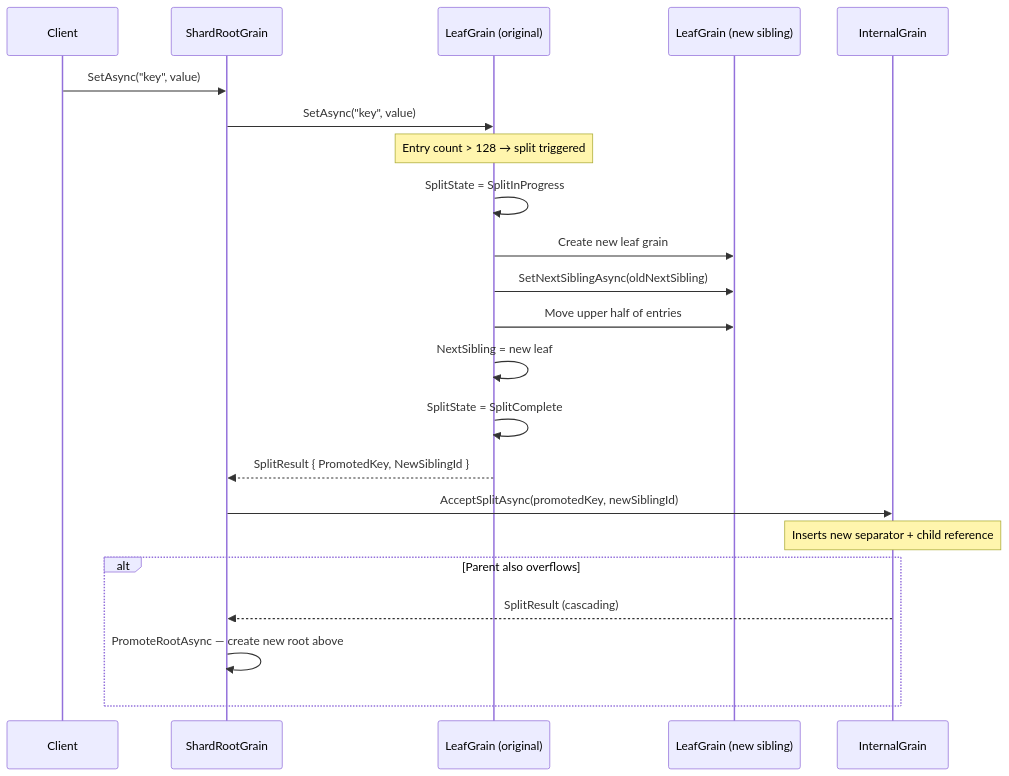
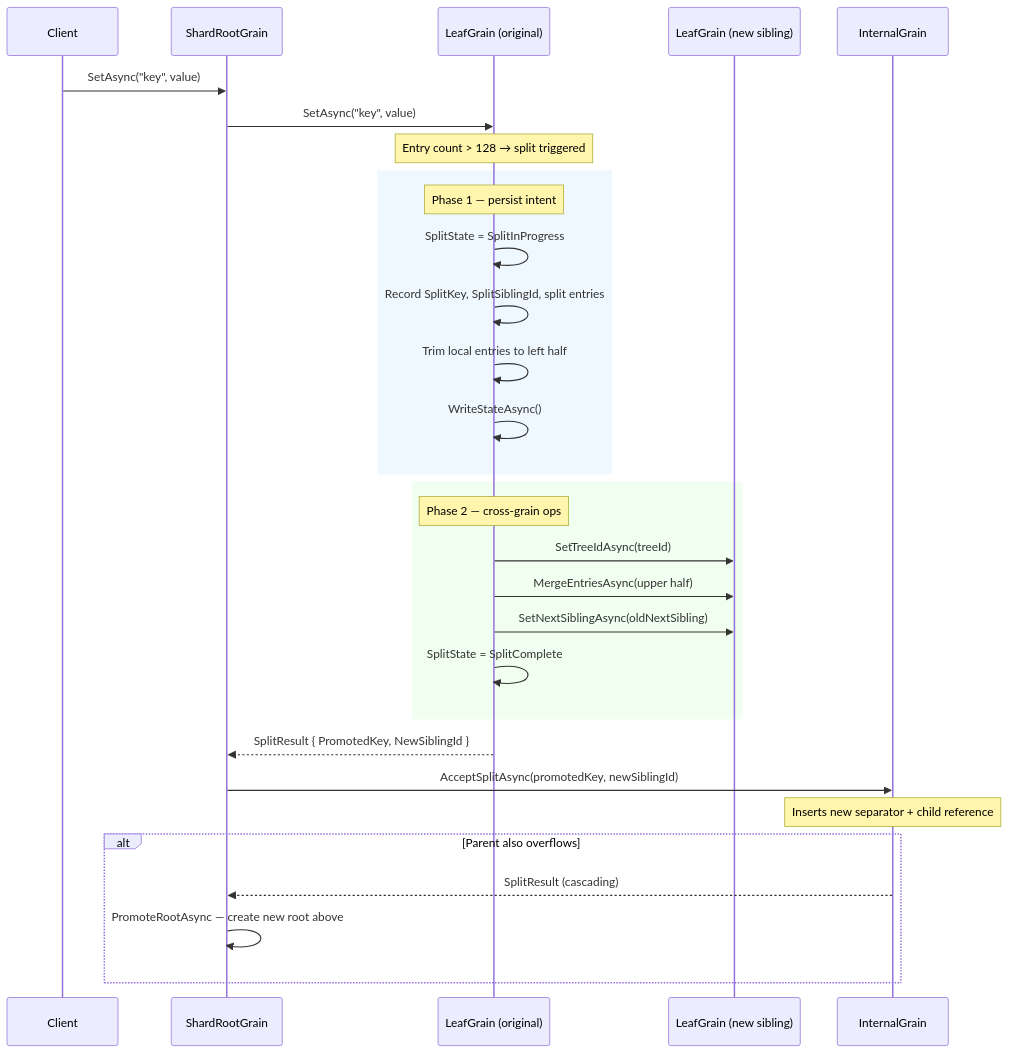
Before and after one commit to NSTA1/Orleans.Lattice: the fifth of 8 diagrams in README.md, drawn with Mermaid. The commit also changed other lines of this file and 15 other files, not shown here.

````diff
--- a/README.md
+++ b/README.md
@@ -155,31 +155,39 @@
 ```mermaid
 sequenceDiagram
     participant Client
     participant Root as ShardRootGrain
     participant Leaf as LeafGrain (original)
     participant New as LeafGrain (new sibling)
     participant Parent as InternalGrain
 
     Client->>Root: SetAsync("key", value)
     Root->>Leaf: SetAsync("key", value)
 
     Note over Leaf: Entry count > 128 → split triggered
+
+    rect rgb(240, 248, 255)
+    Note over Leaf: Phase 1 — persist intent
     Leaf->>Leaf: SplitState = SplitInProgress
+    Leaf->>Leaf: Record SplitKey, SplitSiblingId, split entries
+    Leaf->>Leaf: Trim local entries to left half
+    Leaf->>Leaf: WriteStateAsync()
+    end
 
-    Leaf->>New: Create new leaf grain
+    rect rgb(240, 255, 240)
+    Note over Leaf: Phase 2 — cross-grain ops
+    Leaf->>New: SetTreeIdAsync(treeId)
+    Leaf->>New: MergeEntriesAsync(upper half)
     Leaf->>New: SetNextSiblingAsync(oldNextSibling)
-    Leaf->>New: Move upper half of entries
-
-    Leaf->>Leaf: NextSibling = new leaf
     Leaf->>Leaf: SplitState = SplitComplete
+    end
 
     Leaf-->>Root: SplitResult { PromotedKey, NewSiblingId }
     Root->>Parent: AcceptSplitAsync(promotedKey, newSiblingId)
 
     Note over Parent: Inserts new separator + child reference
 
     alt Parent also overflows
         Parent-->>Root: SplitResult (cascading)
         Root->>Root: PromoteRootAsync — create new root above
     end
 ```
````
